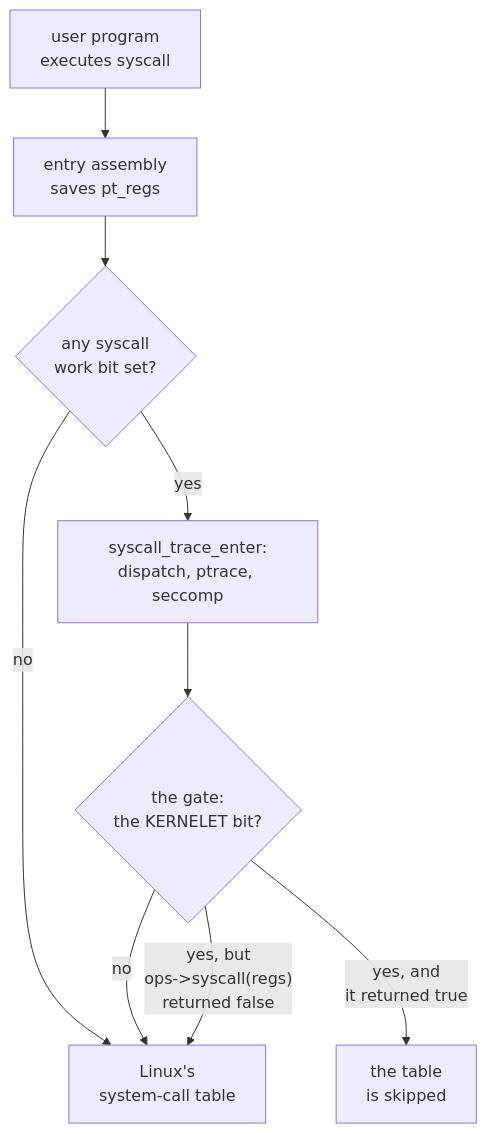
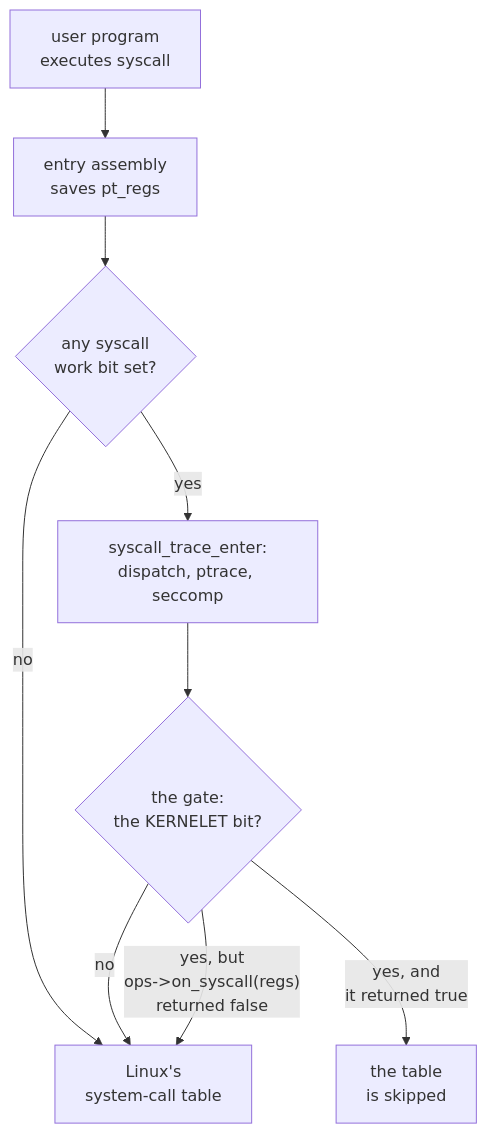
One commit to Plucky923/kernelet changed the first of 2 diagrams in src/the-gate.md. Above: the diagram before and after it, drawn with Mermaid. The commit also changed other lines of this file and 3 other files, not shown here.

````diff
--- a/src/the-gate.md
+++ b/src/the-gate.md
@@ -29,11 +25,11 @@
 ```mermaid
 flowchart TB
     u["user program<br/>executes syscall"] --> e["entry assembly<br/>saves pt_regs"]
     e --> w{"any syscall<br/>work bit set?"}
     w -- no --> t["Linux's<br/>system-call table"]
     w -- yes --> s["syscall_trace_enter:<br/>dispatch, ptrace, seccomp"]
     s --> g{"the gate:<br/>the KERNELET bit?"}
     g -- no --> t
-    g -- "yes, but<br/>ops->syscall(regs)<br/>returned false" --> t
+    g -- "yes, but<br/>ops->on_syscall(regs)<br/>returned false" --> t
     g -- "yes, and<br/>it returned true" --> x["the table<br/>is skipped"]
 ```
````
